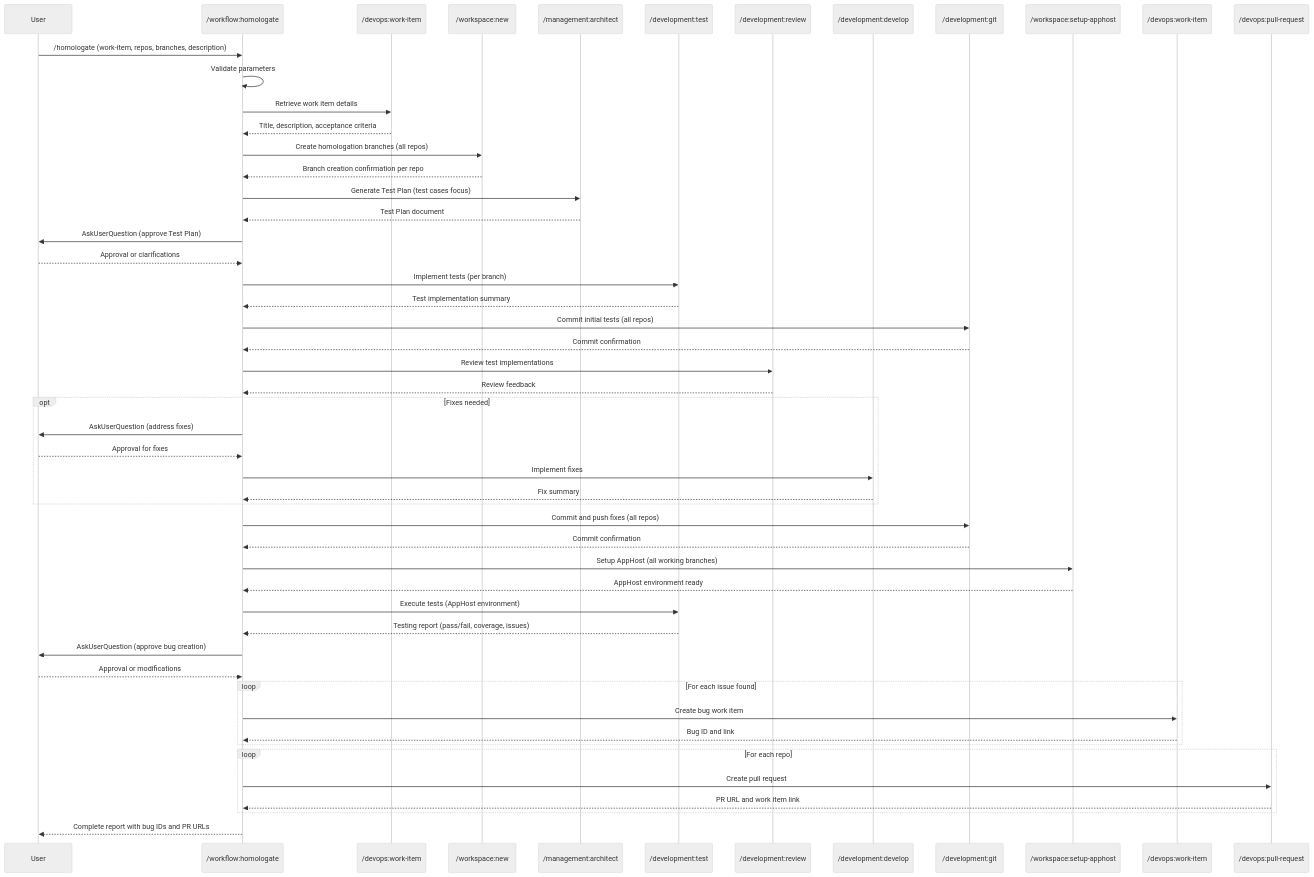
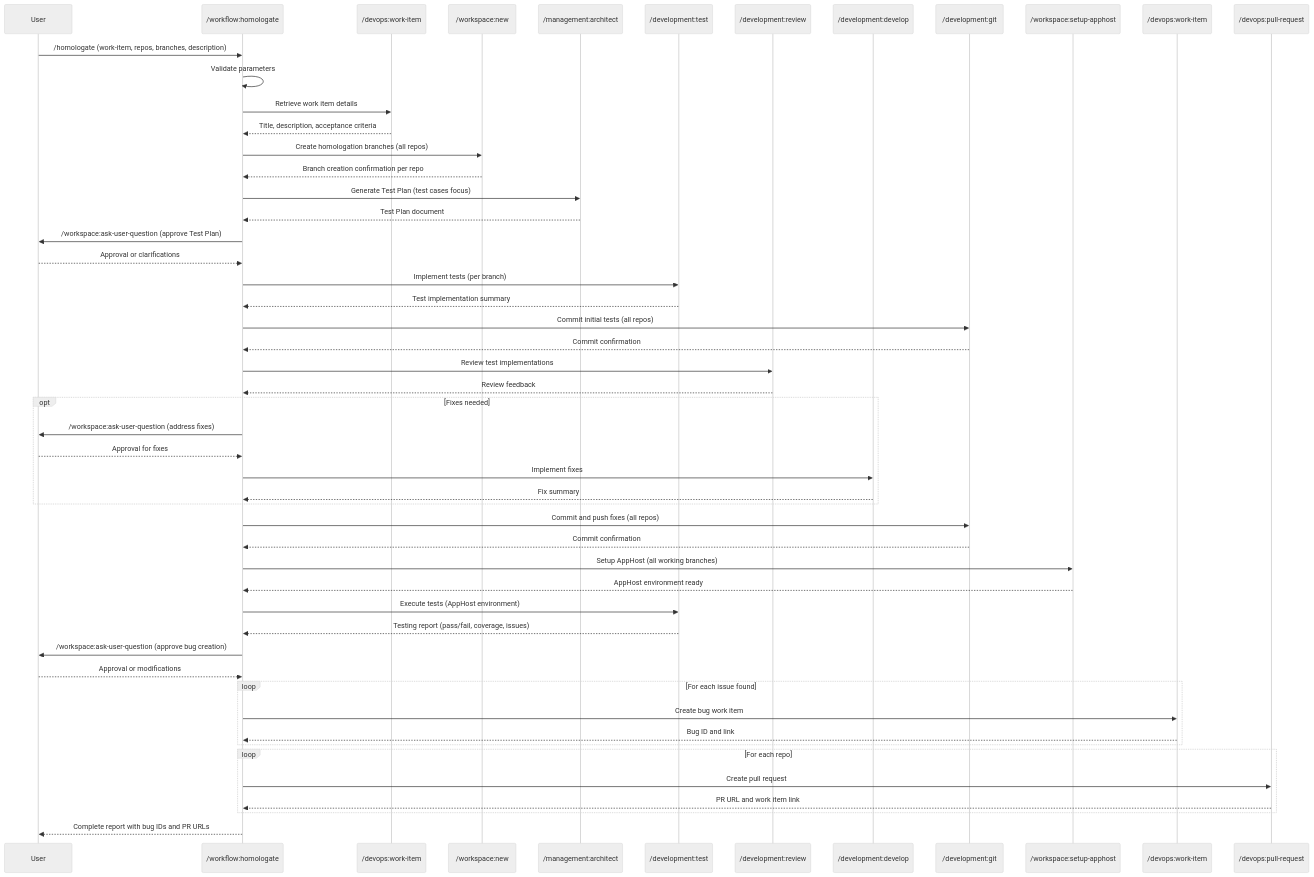
One commit to zzaia/zzaia-agentic-workspace changed the diagram in .claude/commands/workflow/homologate.md. Above: the diagram before and after it, drawn with Mermaid (neutral theme). The commit also changed other lines of this file and 6 other files, not shown here.

Commit message:
Change the use of AskUserQuestion to new command;

````diff
--- a/.claude/commands/workflow/homologate.md
+++ b/.claude/commands/workflow/homologate.md
@@ -108,70 +108,70 @@
 ```mermaid
 sequenceDiagram
     participant U as User
     participant C as /workflow:homologate
     participant WI as /devops:work-item
     participant WS as /workspace:new
     participant AR as /management:architect
     participant DT as /development:test
     participant DR as /development:review
     participant DD as /development:develop
     participant DG as /development:git
     participant SA as /workspace:setup-apphost
     participant BW as /devops:work-item
     participant PR as /devops:pull-request
 
     U->>C: /homologate (work-item, repos, branches, description)
     C->>C: Validate parameters
 
     C->>WI: Retrieve work item details
     WI-->>C: Title, description, acceptance criteria
 
     C->>WS: Create homologation branches (all repos)
     WS-->>C: Branch creation confirmation per repo
 
     C->>AR: Generate Test Plan (test cases focus)
     AR-->>C: Test Plan document
 
-    C->>U: AskUserQuestion (approve Test Plan)
+    C->>U: /workspace:ask-user-question (approve Test Plan)
     U-->>C: Approval or clarifications
 
     C->>DT: Implement tests (per branch)
     DT-->>C: Test implementation summary
 
     C->>DG: Commit initial tests (all repos)
     DG-->>C: Commit confirmation
 
     C->>DR: Review test implementations
     DR-->>C: Review feedback
 
     opt Fixes needed
-        C->>U: AskUserQuestion (address fixes)
+        C->>U: /workspace:ask-user-question (address fixes)
         U-->>C: Approval for fixes
         C->>DD: Implement fixes
         DD-->>C: Fix summary
     end
 
     C->>DG: Commit and push fixes (all repos)
     DG-->>C: Commit confirmation
 
     C->>SA: Setup AppHost (all working branches)
     SA-->>C: AppHost environment ready
 
     C->>DT: Execute tests (AppHost environment)
     DT-->>C: Testing report (pass/fail, coverage, issues)
 
-    C->>U: AskUserQuestion (approve bug creation)
+    C->>U: /workspace:ask-user-question (approve bug creation)
     U-->>C: Approval or modifications
 
     loop For each issue found
         C->>BW: Create bug work item
         BW-->>C: Bug ID and link
     end
 
     loop For each repo
         C->>PR: Create pull request
         PR-->>C: PR URL and work item link
     end
 
     C-->>U: Complete report with bug IDs and PR URLs
 ```
````
